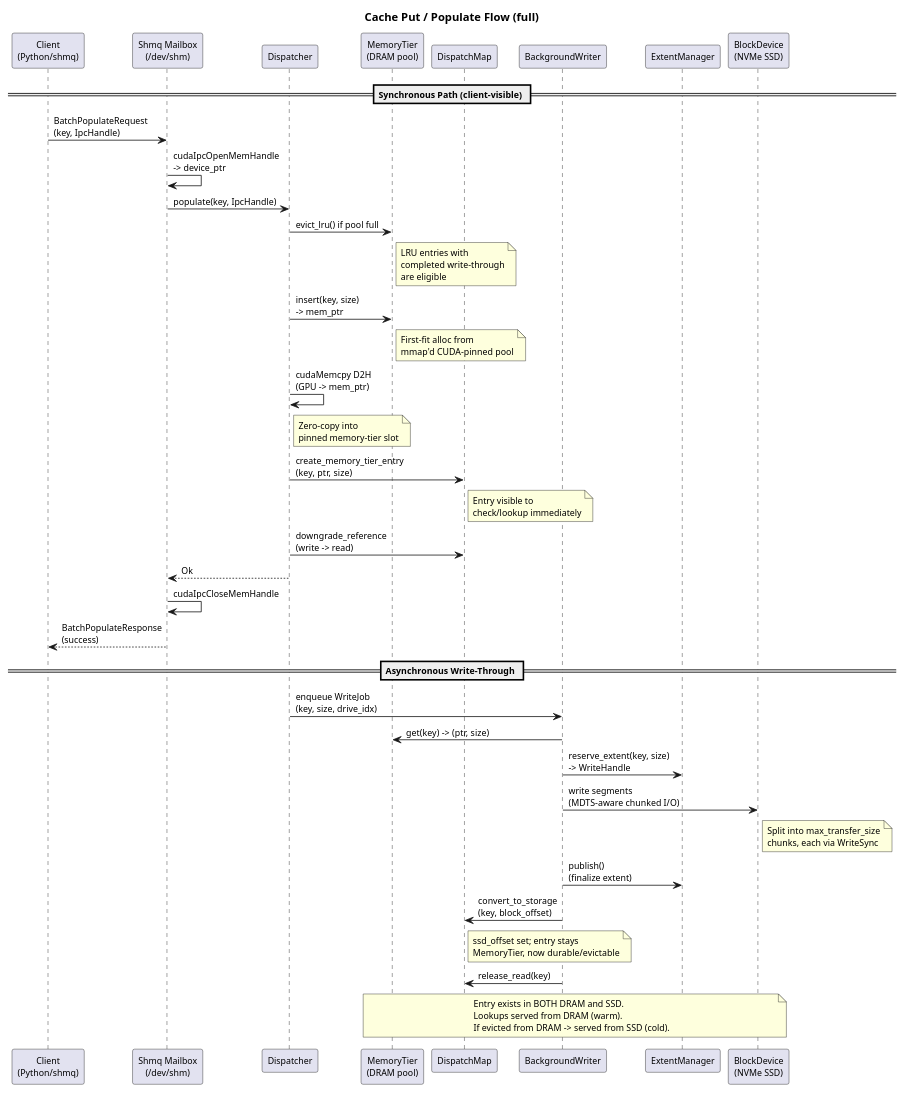
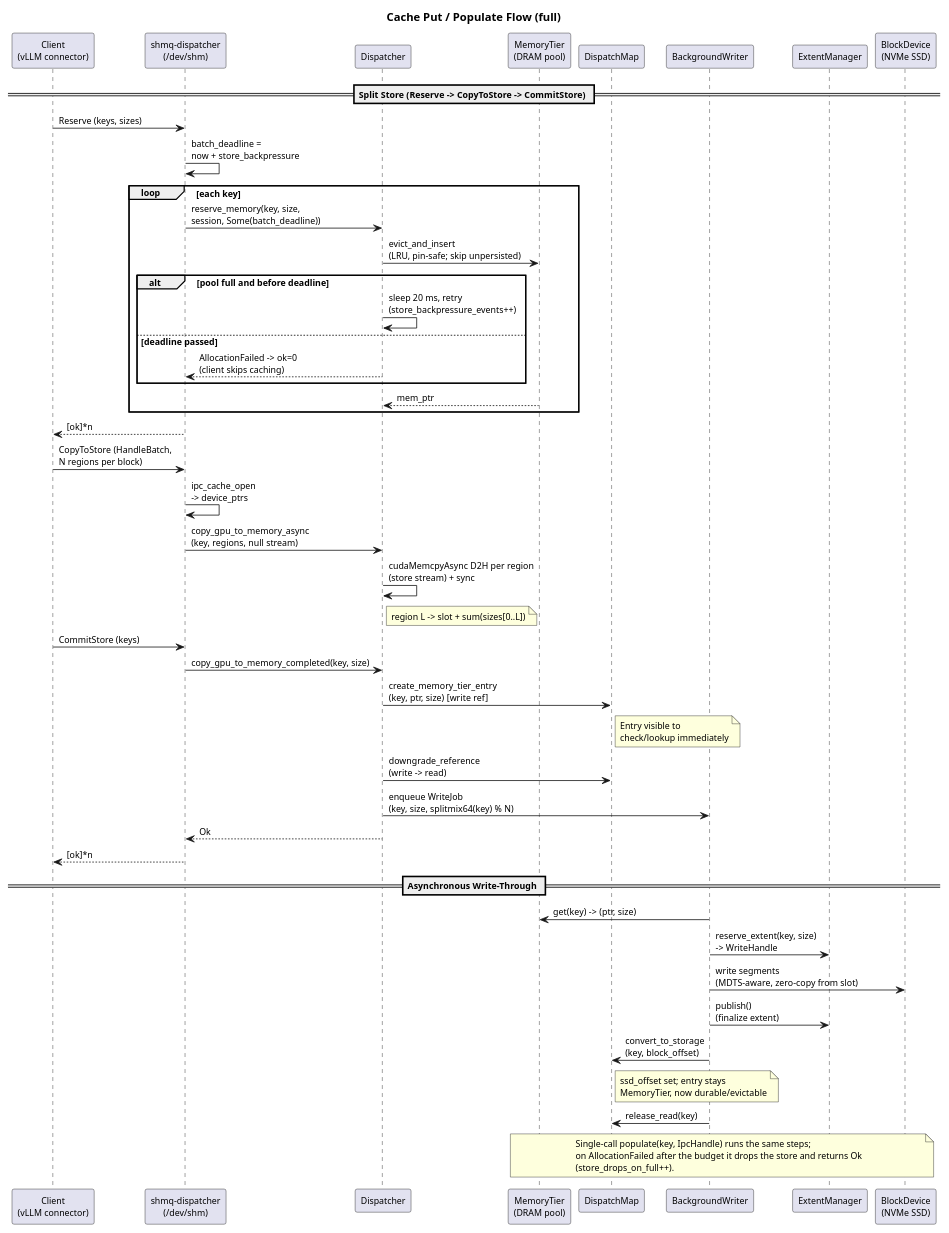
Before and after one commit to AI-native-Systems-Research/ai-native-storage-certus: the diagram in design/profiles/full/design-spec-put-flow.puml, drawn with PlantUML. The commit also changed 19 other files, not shown here.

First line of the commit message:
design: sync full profile artifacts to current code; add full-optimized profile

```diff
--- a/design/profiles/full/design-spec-put-flow.puml
+++ b/design/profiles/full/design-spec-put-flow.puml
@@ -1,56 +1,59 @@
 @startuml
 skinparam shadowing false
 skinparam defaultFontSize 11
 
 title Cache Put / Populate Flow (full)
 
-participant "Client\n(Python/shmq)" as client
-participant "Shmq Mailbox\n(/dev/shm)" as shmq
+participant "Client\n(vLLM connector)" as client
+participant "shmq-dispatcher\n(/dev/shm)" as shmq
 participant "Dispatcher" as disp
 participant "MemoryTier\n(DRAM pool)" as mt
 participant "DispatchMap" as dm
 participant "BackgroundWriter" as bgw
 participant "ExtentManager" as em
 participant "BlockDevice\n(NVMe SSD)" as ssd
 
-== Synchronous Path (client-visible) ==
+== Split Store (Reserve -> CopyToStore -> CommitStore) ==
 
-client -> shmq: BatchPopulateRequest\n(key, IpcHandle)
-shmq -> shmq: cudaIpcOpenMemHandle\n-> device_ptr
-shmq -> disp: populate(key, IpcHandle)
+client -> shmq: Reserve (keys, sizes)
+shmq -> shmq: batch_deadline =\nnow + store_backpressure
+loop each key
+  shmq -> disp: reserve_memory(key, size,\nsession, Some(batch_deadline))
+  disp -> mt: evict_and_insert\n(LRU, pin-safe; skip unpersisted)
+  alt pool full and before deadline
+    disp -> disp: sleep 20 ms, retry\n(store_backpressure_events++)
+  else deadline passed
+    disp --> shmq: AllocationFailed -> ok=0\n(client skips caching)
+  end
+  mt --> disp: mem_ptr
+end
+shmq --> client: [ok]*n
 
-disp -> mt: evict_lru() if pool full
-note right of mt: LRU entries with\ncompleted write-through\nare eligible
+client -> shmq: CopyToStore (HandleBatch,\nN regions per block)
+shmq -> shmq: ipc_cache_open\n-> device_ptrs
+shmq -> disp: copy_gpu_to_memory_async\n(key, regions, null stream)
+disp -> disp: cudaMemcpyAsync D2H per region\n(store stream) + sync
+note right of disp: region L -> slot + sum(sizes[0..L])
 
-disp -> mt: insert(key, size)\n-> mem_ptr
-note right of mt: First-fit alloc from\nmmap'd CUDA-pinned pool
-
-disp -> disp: cudaMemcpy D2H\n(GPU -> mem_ptr)
-note right of disp: Zero-copy into\npinned memory-tier slot
-
-disp -> dm: create_memory_tier_entry\n(key, ptr, size)
+client -> shmq: CommitStore (keys)
+shmq -> disp: copy_gpu_to_memory_completed(key, size)
+disp -> dm: create_memory_tier_entry\n(key, ptr, size) [write ref]
 note right of dm: Entry visible to\ncheck/lookup immediately
-
 disp -> dm: downgrade_reference\n(write -> read)
-
+disp -> bgw: enqueue WriteJob\n(key, size, splitmix64(key) % N)
 disp --> shmq: Ok
-shmq -> shmq: cudaIpcCloseMemHandle
-shmq --> client: BatchPopulateResponse\n(success)
+shmq --> client: [ok]*n
 
 == Asynchronous Write-Through ==
 
-disp -> bgw: enqueue WriteJob\n(key, size, drive_idx)
 bgw -> mt: get(key) -> (ptr, size)
 bgw -> em: reserve_extent(key, size)\n-> WriteHandle
-bgw -> ssd: write segments\n(MDTS-aware chunked I/O)
-note right of ssd: Split into max_transfer_size\nchunks, each via WriteSync
-
+bgw -> ssd: write segments\n(MDTS-aware, zero-copy from slot)
 bgw -> em: publish()\n(finalize extent)
 bgw -> dm: convert_to_storage\n(key, block_offset)
 note right of dm: ssd_offset set; entry stays\nMemoryTier, now durable/evictable
-
 bgw -> dm: release_read(key)
 
-note over mt, ssd: Entry exists in BOTH DRAM and SSD.\nLookups served from DRAM (warm).\nIf evicted from DRAM -> served from SSD (cold).
+note over mt, ssd: Single-call populate(key, IpcHandle) runs the same steps;\non AllocationFailed after the budget it drops the store and returns Ok\n(store_drops_on_full++).
 
 @enduml
```
